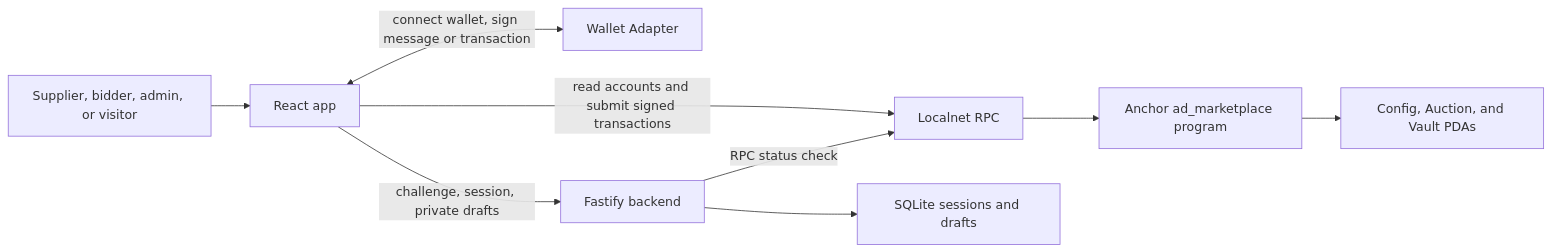
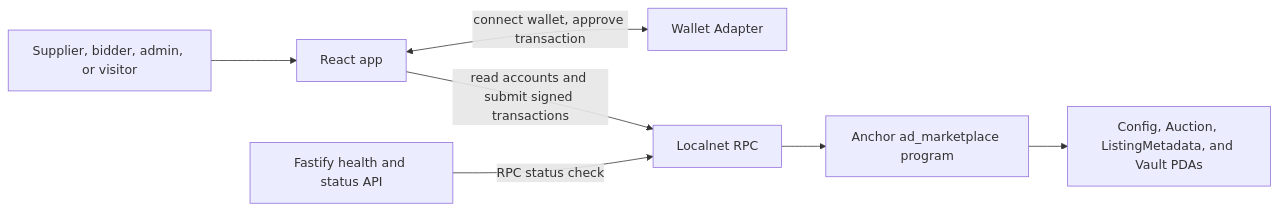
The diagram in docs/README.md (ttarnawski/hackyeah-solana), drawn with Mermaid before and after one commit. The commit also changed other lines of this file and 30 other files, not shown here.

````diff
--- a/docs/README.md
+++ b/docs/README.md
@@ -58,11 +57,9 @@
 ```mermaid
 flowchart LR
   person[Supplier, bidder, admin, or visitor] --> browser[React app]
-  browser <-->|connect wallet, sign message or transaction| adapter[Wallet Adapter]
+  browser <-->|connect wallet, approve transaction| adapter[Wallet Adapter]
   browser -->|read accounts and submit signed transactions| rpc[Localnet RPC]
   rpc --> program[Anchor ad_marketplace program]
-  program --> accounts[Config, Auction, and Vault PDAs]
-  browser -->|challenge, session, private drafts| backend[Fastify backend]
-  backend --> database[SQLite sessions and drafts]
-  backend -->|RPC status check| rpc
+  program --> accounts[Config, Auction, ListingMetadata, and Vault PDAs]
+  backend[Fastify health and status API] -->|RPC status check| rpc
 ```
````
